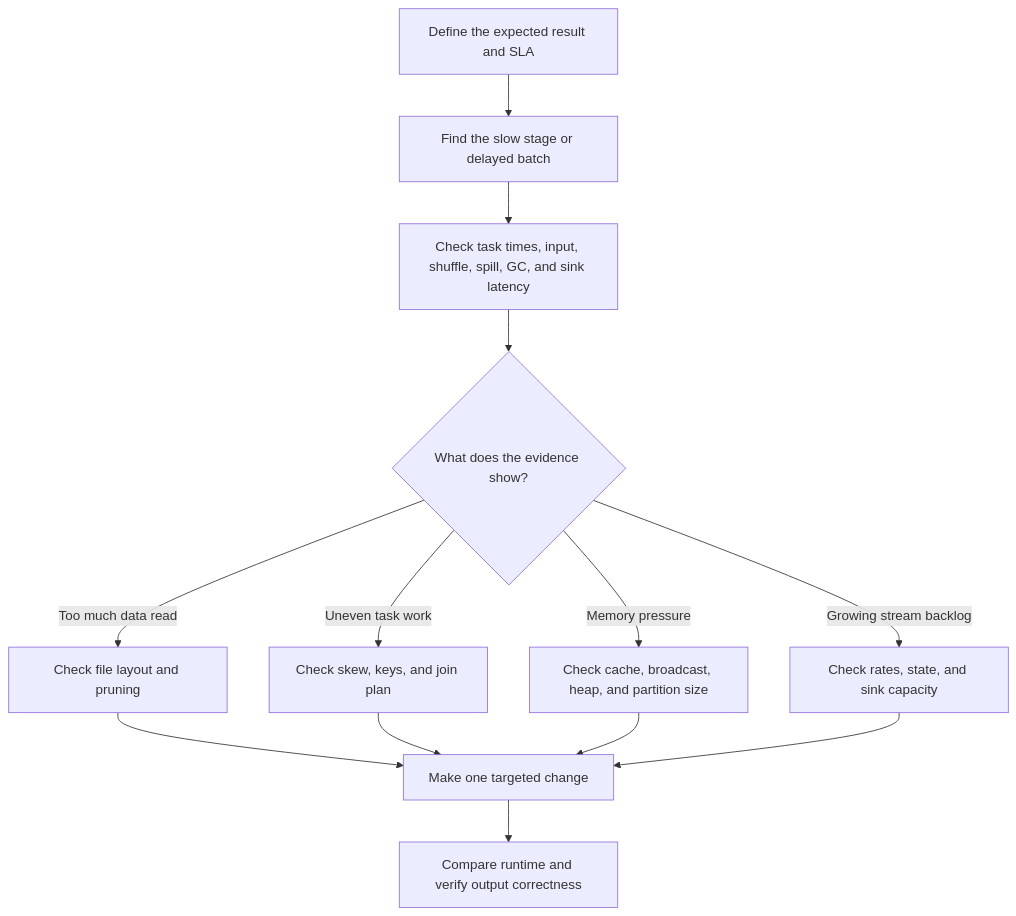
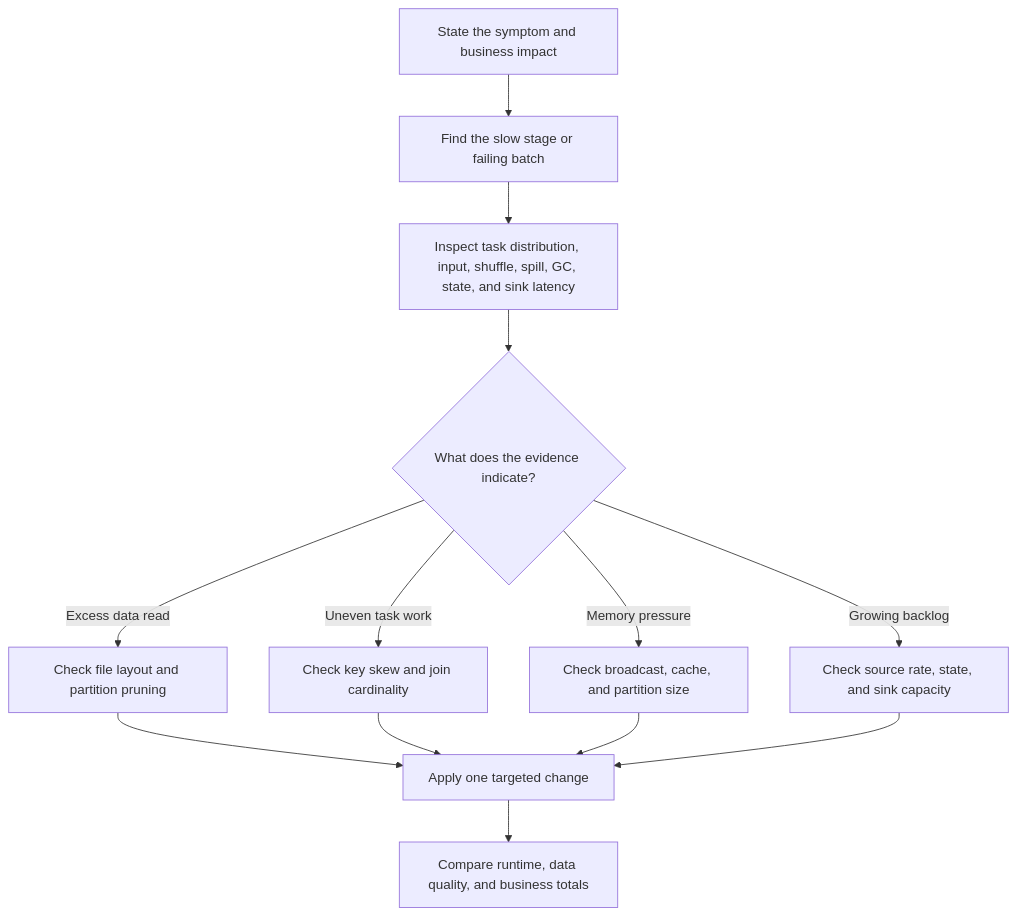
One commit to kowlutla/Interview-Preparation changed the third of 3 diagrams in Apache-Spark/Apache-Spark-Interview-QA.md. Above: the diagram before and after it, drawn with Mermaid. The commit also changed other lines of this file, not shown here.

```diff
--- a/Apache-Spark/Apache-Spark-Interview-QA.md
+++ b/Apache-Spark/Apache-Spark-Interview-QA.md
@@ -1302,15 +1302,15 @@
 ~~~mermaid
 flowchart TD
-  A[Define the expected result and SLA] --> B[Find the slow stage or delayed batch]
-  B --> C[Check task times, input, shuffle, spill, GC, and sink latency]
-  C --> D{What does the evidence show?}
-  D -->|Too much data read| E[Check file layout and pruning]
-  D -->|Uneven task work| F[Check skew, keys, and join plan]
-  D -->|Memory pressure| G[Check cache, broadcast, heap, and partition size]
-  D -->|Growing stream backlog| H[Check rates, state, and sink capacity]
-  E --> I[Make one targeted change]
+  A[State the symptom and business impact] --> B[Find the slow stage or failing batch]
+  B --> C[Inspect task distribution, input, shuffle, spill, GC, state, and sink latency]
+  C --> D{What does the evidence indicate?}
+  D -->|Excess data read| E[Check file layout and partition pruning]
+  D -->|Uneven task work| F[Check key skew and join cardinality]
+  D -->|Memory pressure| G[Check broadcast, cache, and partition size]
+  D -->|Growing backlog| H[Check source rate, state, and sink capacity]
+  E --> I[Apply one targeted change]
   F --> I
   G --> I
   H --> I
-  I --> J[Compare runtime and verify output correctness]
+  I --> J[Compare runtime, data quality, and business totals]
 ~~~
```
